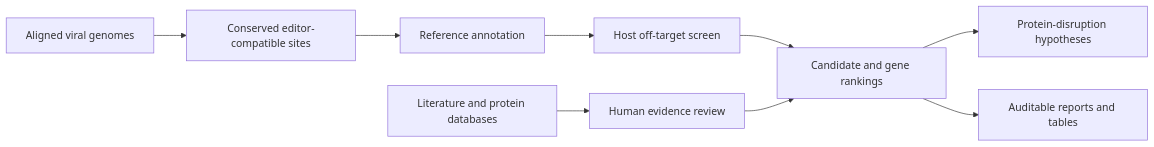
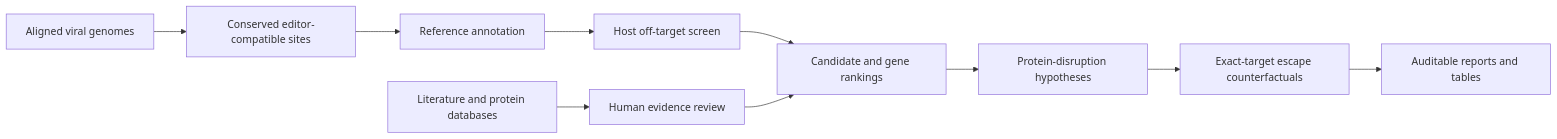
One commit to ronnuriel/ViralSafeTarget changed the diagram in README.md. Above: the diagram before and after it, drawn with Mermaid. The commit also changed other lines of this file and 10 other files, not shown here.

````diff
--- a/README.md
+++ b/README.md
@@ -51,11 +52,12 @@
 ```mermaid
 flowchart LR
     A["Aligned viral genomes"] --> B["Conserved editor-compatible sites"]
     B --> C["Reference annotation"]
     C --> D["Host off-target screen"]
     D --> E["Candidate and gene rankings"]
     E --> F["Protein-disruption hypotheses"]
+    F --> J["Exact-target escape counterfactuals"]
     G["Literature and protein databases"] --> H["Human evidence review"]
     H --> E
-    E --> I["Auditable reports and tables"]
+    J --> I["Auditable reports and tables"]
 ```
````
